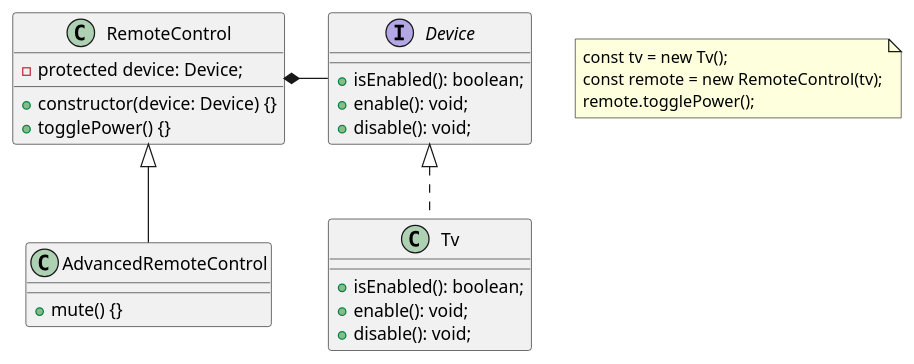
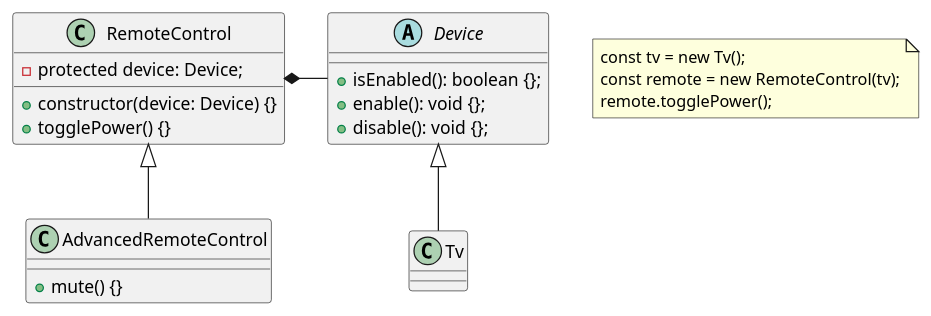
Before and after one commit to cesarkohl/design-patterns: the diagram in structural/bridge/bridge-simplest-remote.puml, drawn with PlantUML. The commit also changed 2 other files, not shown here.

```diff
--- a/structural/bridge/bridge-simplest-remote.puml
+++ b/structural/bridge/bridge-simplest-remote.puml
@@ -1,31 +1,28 @@
 @startuml
 note as n1
 const tv = new Tv();
 const remote = new RemoteControl(tv);
 remote.togglePower();
 end note
 
-interface Device {
-    + isEnabled(): boolean;
-    + enable(): void;
-    + disable(): void;
+abstract Device {
+    + isEnabled(): boolean {};
+    + enable(): void {};
+    + disable(): void {};
 }
 
-class Tv implements Device {
-    + isEnabled(): boolean;
-    + enable(): void;
-    + disable(): void;
+class Tv extends Device {
 }
 
 class RemoteControl {
     - protected device: Device;
     + constructor(device: Device) {}
     + togglePower() {}
 }
 
 class AdvancedRemoteControl extends RemoteControl {
     + mute() {}
 }
 
 RemoteControl *- Device
 @enduml
```
